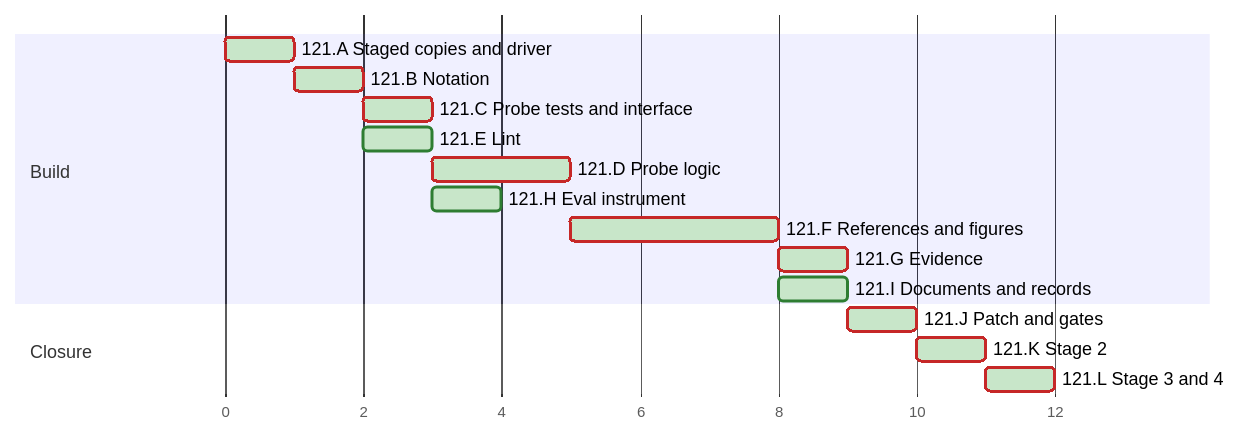
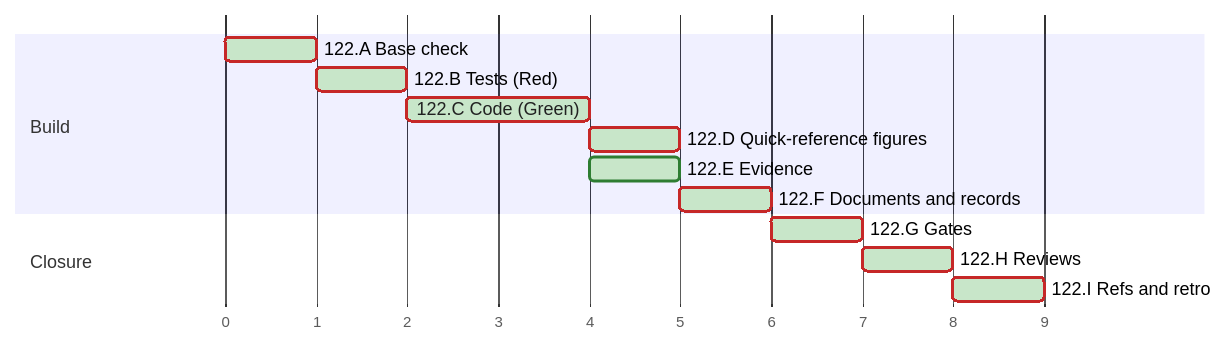
One commit to MatrixFounder/Agentic-development changed the diagram in docs/PLAN.md. Above: the diagram before and after it, drawn with Mermaid. The commit also changed other lines of this file and 19 other files, not shown here.

Commit message:
TASK 122 — The render check prints no raw control character, a bare pytest run collects, and the quick-reference figure is redrawn

````diff
--- a/docs/PLAN.md
+++ b/docs/PLAN.md
@@ -368,24 +264,21 @@
 ```mermaid
-%%{init: {"look": "classic", "themeVariables": {"doneTaskBkgColor": "#C8E6C9", "doneTaskBorderColor": "#2E7D32", "activeTaskBkgColor": "#FFF3C4", "activeTaskBorderColor": "#F9A825", "taskBkgColor": "#FFFFFF", "taskBorderColor": "#9E9E9E", "critBkgColor": "#FFFFFF", "critBorderColor": "#C62828", "taskTextColor": "#212121", "taskTextDarkColor": "#212121"}, "gantt": {"barHeight": 16, "barGap": 4, "topPadding": 50, "fontSize": 12, "sectionFontSize": 12, "numberSectionStyles": 2, "useWidth": 900, "leftPadding": 140, "rightPadding": 207}, "themeCSS": ".grid .tick line { stroke-opacity: 0.25; } .activeText0.taskTextOutsideRight, .activeText1.taskTextOutsideRight, .activeText2.taskTextOutsideRight, .activeText3.taskTextOutsideRight, .activeCritText0.taskTextOutsideRight, .activeCritText1.taskTextOutsideRight, .activeCritText2.taskTextOutsideRight, .activeCritText3.taskTextOutsideRight, .doneText0.taskTextOutsideRight, .doneText1.taskTextOutsideRight, .doneText2.taskTextOutsideRight, .doneText3.taskTextOutsideRight, .doneCritText0.taskTextOutsideRight, .doneCritText1.taskTextOutsideRight, .doneCritText2.taskTextOutsideRight, .doneCritText3.taskTextOutsideRight, .activeText0.taskTextOutsideLeft, .activeText1.taskTextOutsideLeft, .activeText2.taskTextOutsideLeft, .activeText3.taskTextOutsideLeft, .activeCritText0.taskTextOutsideLeft, .activeCritText1.taskTextOutsideLeft, .activeCritText2.taskTextOutsideLeft, .activeCritText3.taskTextOutsideLeft, .doneText0.taskTextOutsideLeft, .doneText1.taskTextOutsideLeft, .doneText2.taskTextOutsideLeft, .doneText3.taskTextOutsideLeft, .doneCritText0.taskTextOutsideLeft, .doneCritText1.taskTextOutsideLeft, .doneCritText2.taskTextOutsideLeft, .doneCritText3.taskTextOutsideLeft { fill: #ffffff !important; mix-blend-mode: difference; }"}}%%
+%%{init: {"look": "classic", "themeVariables": {"doneTaskBkgColor": "#C8E6C9", "doneTaskBorderColor": "#2E7D32", "activeTaskBkgColor": "#FFF3C4", "activeTaskBorderColor": "#F9A825", "taskBkgColor": "#FFFFFF", "taskBorderColor": "#9E9E9E", "critBkgColor": "#FFFFFF", "critBorderColor": "#C62828", "taskTextColor": "#212121", "taskTextDarkColor": "#212121"}, "gantt": {"barHeight": 16, "barGap": 4, "topPadding": 50, "fontSize": 12, "sectionFontSize": 12, "numberSectionStyles": 2, "useWidth": 900, "leftPadding": 140, "rightPadding": 214}, "themeCSS": ".grid .tick line { stroke-opacity: 0.25; } .activeText0.taskTextOutsideRight, .activeText1.taskTextOutsideRight, .activeText2.taskTextOutsideRight, .activeText3.taskTextOutsideRight, .activeCritText0.taskTextOutsideRight, .activeCritText1.taskTextOutsideRight, .activeCritText2.taskTextOutsideRight, .activeCritText3.taskTextOutsideRight, .doneText0.taskTextOutsideRight, .doneText1.taskTextOutsideRight, .doneText2.taskTextOutsideRight, .doneText3.taskTextOutsideRight, .doneCritText0.taskTextOutsideRight, .doneCritText1.taskTextOutsideRight, .doneCritText2.taskTextOutsideRight, .doneCritText3.taskTextOutsideRight, .activeText0.taskTextOutsideLeft, .activeText1.taskTextOutsideLeft, .activeText2.taskTextOutsideLeft, .activeText3.taskTextOutsideLeft, .activeCritText0.taskTextOutsideLeft, .activeCritText1.taskTextOutsideLeft, .activeCritText2.taskTextOutsideLeft, .activeCritText3.taskTextOutsideLeft, .doneText0.taskTextOutsideLeft, .doneText1.taskTextOutsideLeft, .doneText2.taskTextOutsideLeft, .doneText3.taskTextOutsideLeft, .doneCritText0.taskTextOutsideLeft, .doneCritText1.taskTextOutsideLeft, .doneCritText2.taskTextOutsideLeft, .doneCritText3.taskTextOutsideLeft { fill: #ffffff !important; mix-blend-mode: difference; }"}}%%
 gantt
   accTitle: Plan chart
   accDescr: Each bar starts when its last dependency ends and lasts its estimate, the axis counts estimate hours from the start, not dates.
   dateFormat x
   axisFormat %Q
-  tickInterval 2millisecond
+  tickInterval 1millisecond
   todayMarker off
   section Build
-    121.A Staged copies and driver:done, crit, t121xA, 0, 1ms
-    121.B Notation:done, crit, t121xB, 1, 1ms
-    121.C Probe tests and interface:done, crit, t121xC, 2, 1ms
-    121.E Lint:done, t121xE, 2, 1ms
-    121.D Probe logic:done, crit, t121xD, 3, 2ms
-    121.H Eval instrument:done, t121xH, 3, 1ms
-    121.F References and figures:done, crit, t121xF, 5, 3ms
-    121.G Evidence:done, crit, t121xG, 8, 1ms
-    121.I Documents and records:done, t121xI, 8, 1ms
+    122.A Base check:done, crit, t122xA, 0, 1ms
+    122.B Tests (Red):done, crit, t122xB, 1, 1ms
+    122.C Code (Green):done, crit, t122xC, 2, 2ms
+    122.D Quick-reference figures:done, crit, t122xD, 4, 1ms
+    122.E Evidence:done, t122xE, 4, 1ms
+    122.F Documents and records:done, crit, t122xF, 5, 1ms
   section Closure
-    121.J Patch and gates:done, crit, t121xJ, 9, 1ms
-    121.K Stage 2:done, crit, t121xK, 10, 1ms
-    121.L Stage 3 and 4:done, crit, t121xL, 11, 1ms
+    122.G Gates:done, crit, t122xG, 6, 1ms
+    122.H Reviews:done, crit, t122xH, 7, 1ms
+    122.I Refs and retro:done, crit, t122xI, 8, 1ms
 ```
````
